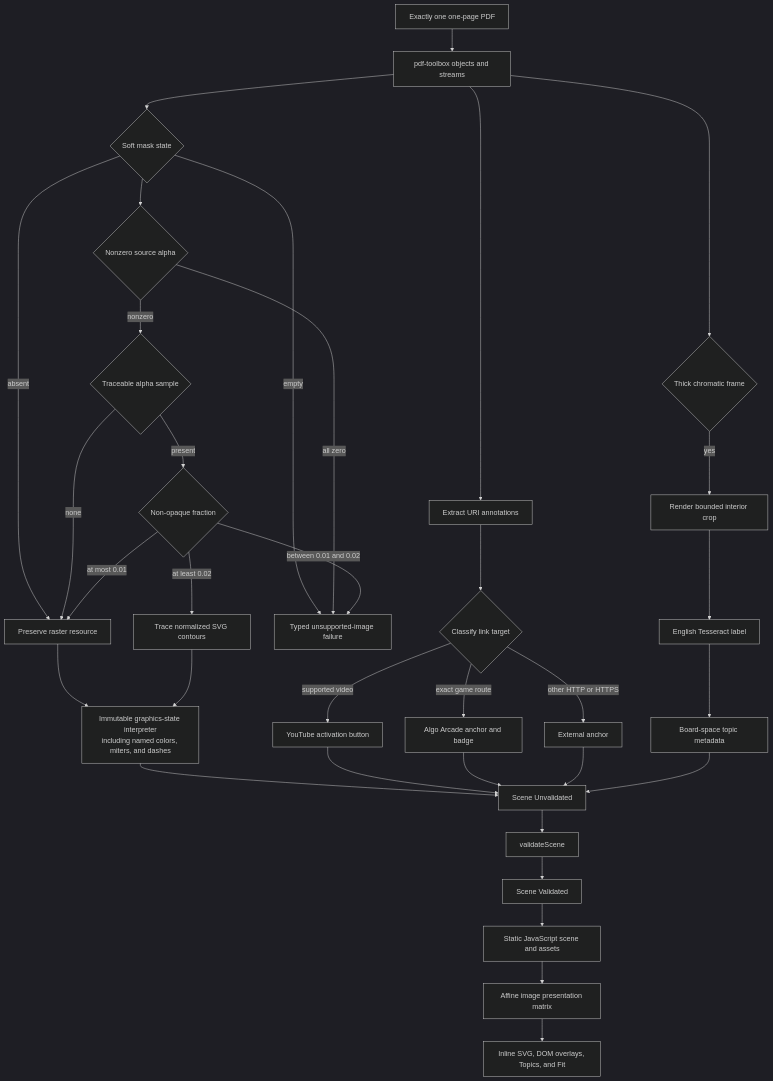
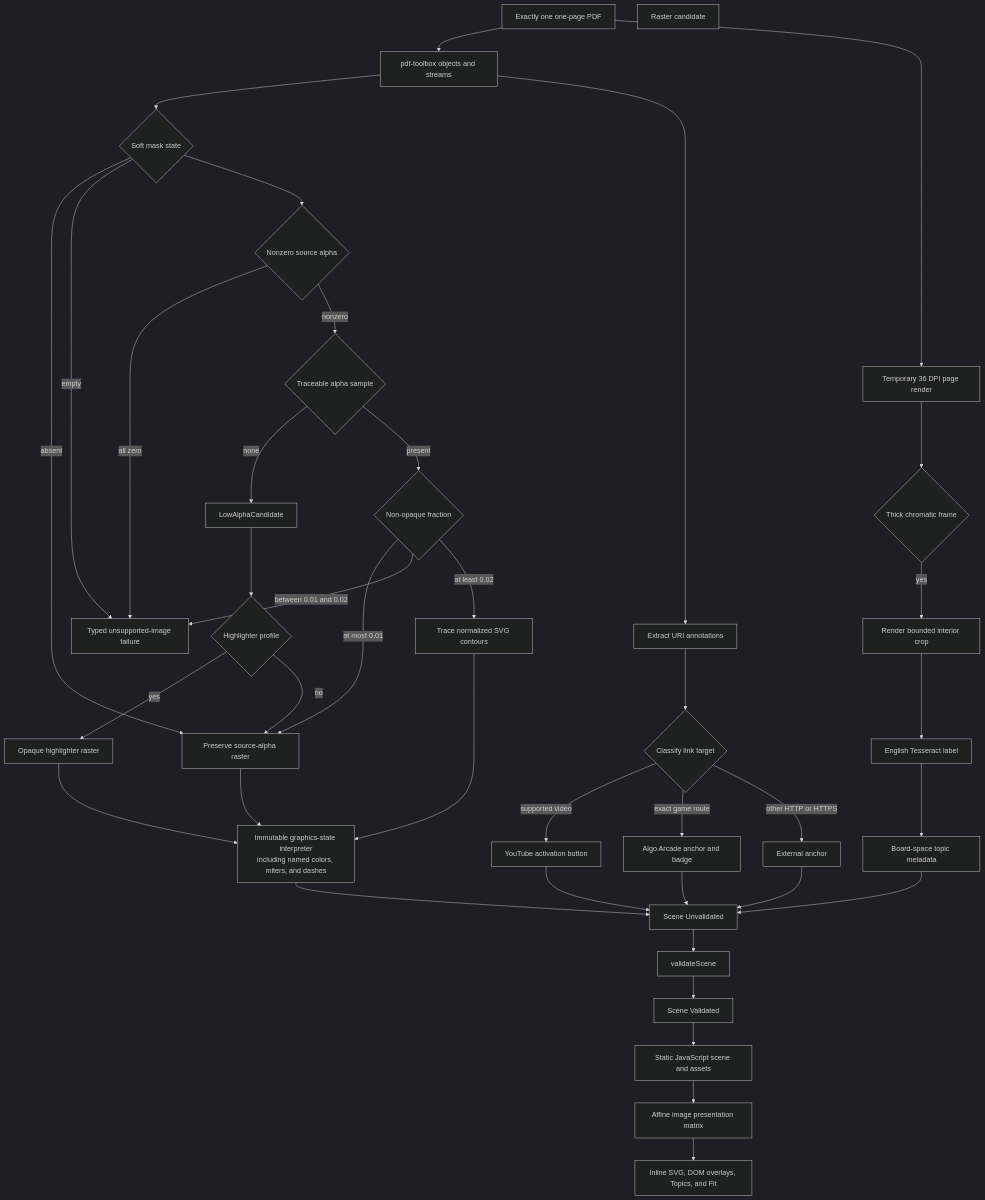
The third of 3 diagrams in docs/architecture.md (bajor/notes-website-factory), drawn with Mermaid (dark theme) before and after one commit. The commit also changed other lines of this file and 28 other files, not shown here.

````diff
--- a/docs/architecture.md
+++ b/docs/architecture.md
@@ -81,54 +81,60 @@
 ```mermaid
 flowchart TD
   Input[Exactly one one-page PDF]
   Parse[pdf-toolbox objects and streams]
   Mask{Soft mask state}
   SourceAlpha{Nonzero source alpha}
   Traceable{Traceable alpha sample}
   Fraction{Non-opaque fraction}
-  Raster[Preserve raster resource]
+  RasterCandidate[Raster candidate]
+  Highlighter{Highlighter profile}
+  Raster[Preserve source-alpha raster]
+  OpaqueMarker[Opaque highlighter raster]
   Vector[Trace normalized SVG contours]
   Reject[Typed unsupported-image failure]
   Links[Extract URI annotations]
+  DetectRender[Temporary 36 DPI page render]
   Frame{Thick chromatic frame}
   Crop[Render bounded interior crop]
   OCR[English Tesseract label]
   Topic[Board-space topic metadata]
   Target{Classify link target}
   YouTube[YouTube activation button]
   Game[Algo Arcade anchor and badge]
   External[External anchor]
   Interpret[Immutable graphics-state interpreter<br/>including named colors, miters, and dashes]
   Raw[Scene Unvalidated]
   Validate[validateScene]
   Valid[Scene Validated]
   Emit[Static JavaScript scene and assets]
   Affine[Affine image presentation matrix]
   Browser[Inline SVG, DOM overlays, Topics, and Fit]
 
   Input --> Parse --> Mask
-  Parse --> Frame
+  Input --> DetectRender --> Frame
   Frame -->|yes| Crop --> OCR --> Topic
   Parse --> Links --> Target
   Mask -->|absent| Raster
   Mask -->|empty| Reject
   Mask --> SourceAlpha
   SourceAlpha -->|all zero| Reject
   SourceAlpha -->|nonzero| Traceable
-  Traceable -->|none| Raster
+  Traceable -->|none| LowAlphaCandidate
   Traceable -->|present| Fraction
   Fraction -->|at most 0.01| Raster
   Fraction -->|between 0.01 and 0.02| Reject
   Fraction -->|at least 0.02| Vector
   Target -->|supported video| YouTube
   Target -->|exact game route| Game
   Target -->|other HTTP or HTTPS| External
-  Raster --> Interpret
+  LowAlphaCandidate --> Highlighter
+  Highlighter -->|yes| OpaqueMarker --> Interpret
+  Highlighter -->|no| Raster --> Interpret
   Vector --> Interpret
   Interpret --> Raw
   YouTube --> Raw
   Game --> Raw
   External --> Raw
   Topic --> Raw
   Raw --> Validate --> Valid --> Emit --> Affine --> Browser
 ```
````
